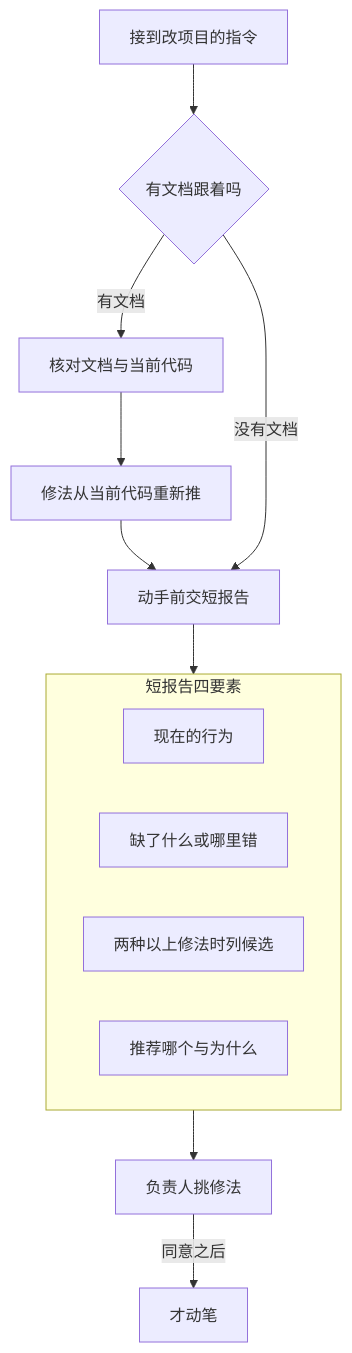
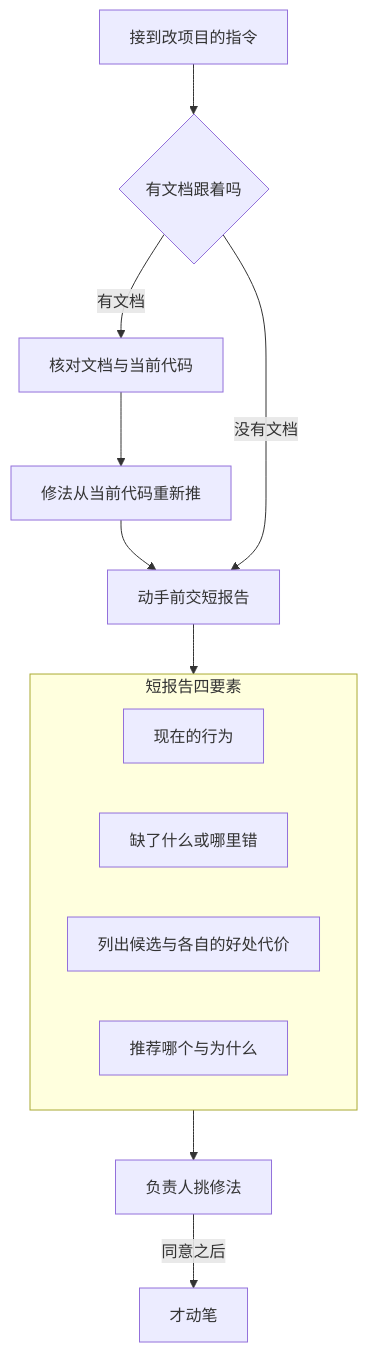
The second of 3 diagrams in docs/agents-cn/02-工作原则.md (imknown/AndroidLowLevelDetector), drawn with Mermaid before and after one commit. The commit also changed other lines of this file and 7 other files, not shown here.

````diff
--- a/docs/agents-cn/02-工作原则.md
+++ b/docs/agents-cn/02-工作原则.md
@@ -53,17 +53,17 @@
 ```mermaid
 flowchart TD
     A[接到改项目的指令] --> B{有文档跟着吗}
     B -->|有文档| C[核对文档与当前代码]
     C --> D[修法从当前代码重新推]
     D --> R[动手前交短报告]
     B -->|没有文档| R
     subgraph REP[短报告四要素]
         R1[现在的行为]
         R2[缺了什么或哪里错]
-        R3[两种以上修法时列候选]
+        R3[列出候选与各自的好处代价]
         R4[推荐哪个与为什么]
     end
     R --> REP
     REP --> O[负责人挑修法]
     O -->|同意之后| E[才动笔]
 ```
````
